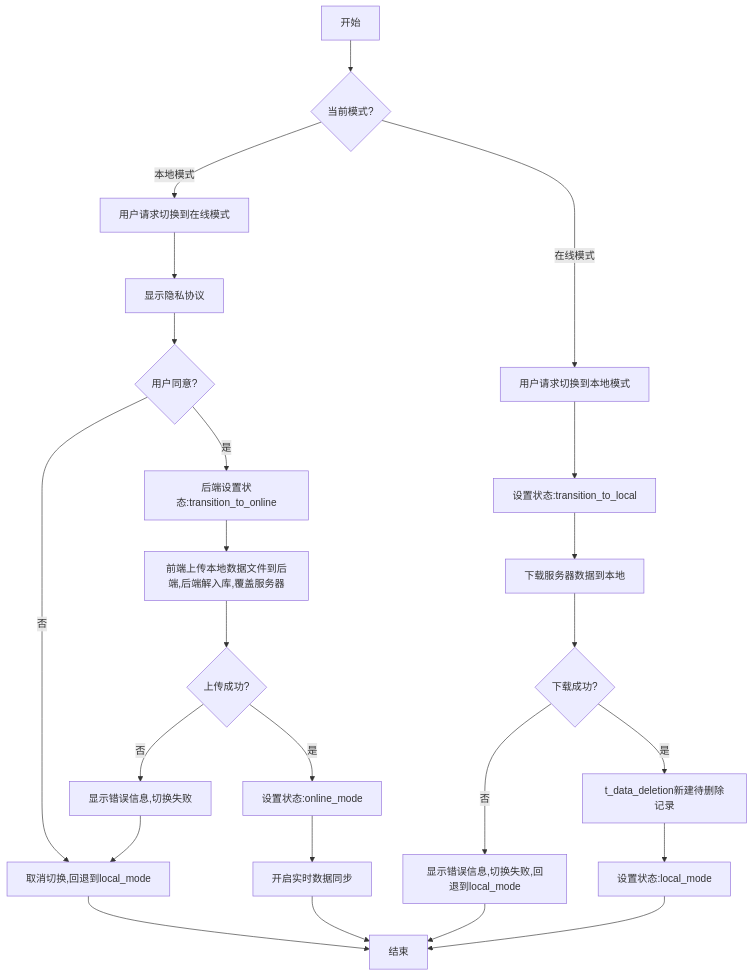
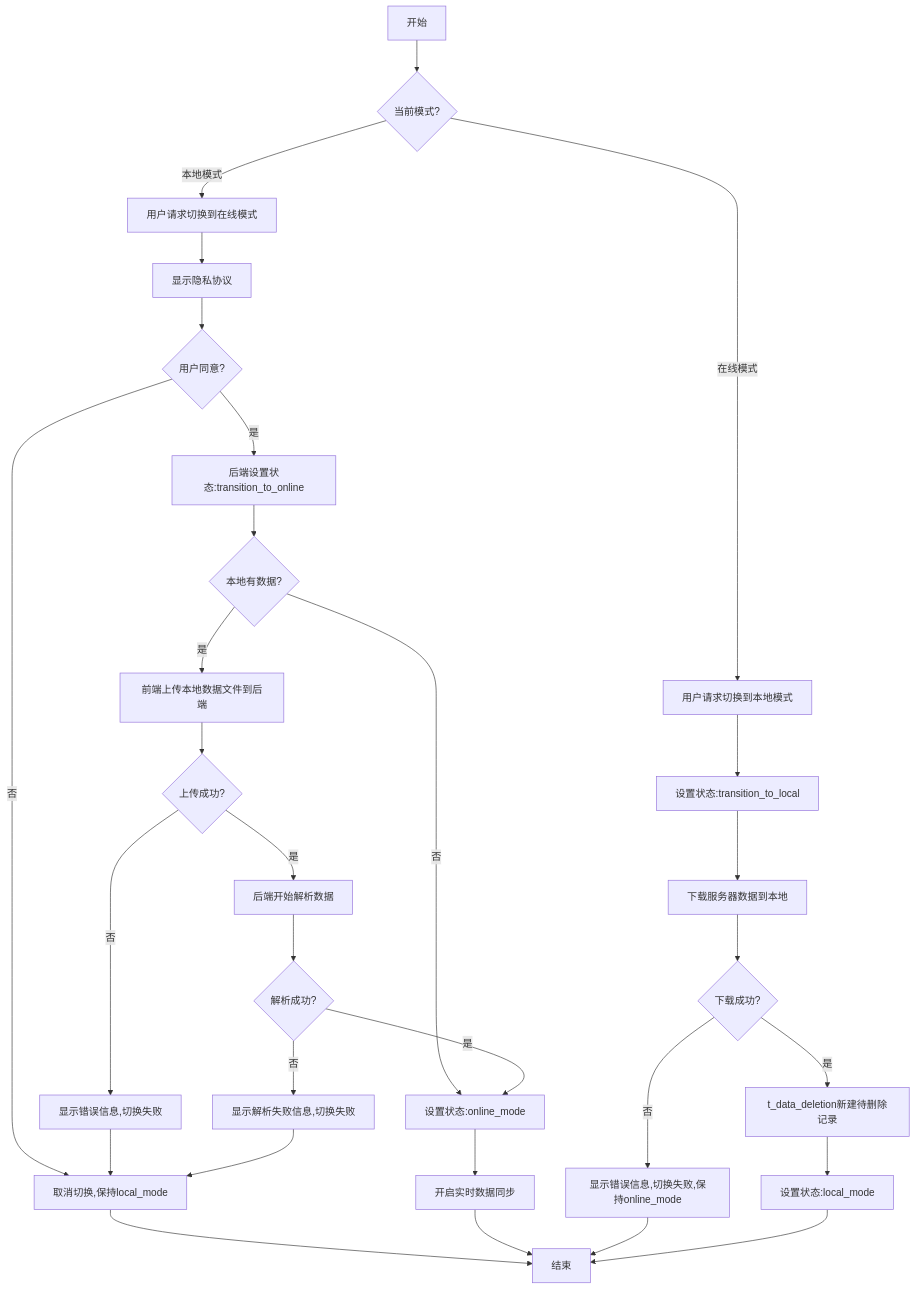
One commit to yingjianzh/iodraw-files changed the diagram in all/未命名-58.md. Above: the diagram before and after it, drawn with Mermaid.

Commit message:
2025-05-14 09:55:25 update

````diff
--- a/all/未命名-58.md
+++ b/all/未命名-58.md
@@ -1,33 +1,39 @@
 ```mermaid
-
 flowchart TD
     A[开始] --> B{当前模式?}
     
     B -->|本地模式| C[用户请求切换到在线模式]
     C --> F[显示隐私协议]
     F --> G{用户同意?}
-    G -->|否| H[取消切换,回退到local_mode]
+    G -->|否| H[取消切换,保持local_mode]
     H --> Z[结束]
+    
     G -->|是| I[后端设置状态:transition_to_online]
-    I --> O[前端上传本地数据文件到后端,后端解入库,覆盖服务器]
+    I --> J{本地有数据?}
+    J -->|否| R[设置状态:online_mode]
+    
+    J -->|是| O[前端上传本地数据文件到后端]
     O --> P{上传成功?}
     P -->|否| Q[显示错误信息,切换失败]
     Q --> H
-    P -->|是| R[设置状态:online_mode]
+    
+    P -->|是| L[后端开始解析数据]
+    L --> M{解析成功?}
+    M -->|否| N[显示解析失败信息,切换失败]
+    N --> H
+    
+    M -->|是| R[设置状态:online_mode]
     R --> S[开启实时数据同步]
     S --> Z
     
     B -->|在线模式| T[用户请求切换到本地模式]
     T --> U[设置状态:transition_to_local]
     U --> X[下载服务器数据到本地]
     X --> Y{下载成功?}
-    Y -->|否| AA2[显示错误信息,切换失败,回退到local_mode]
+    Y -->|否| AA2[显示错误信息,切换失败,保持online_mode]
     AA2 --> Z
+    
     Y -->|是| AB2[t_data_deletion新建待删除记录]
-
-
-
-    AB2 -->AE[设置状态:local_mode]
+    AB2 --> AE[设置状态:local_mode]
     AE --> Z
-
 ```
````
